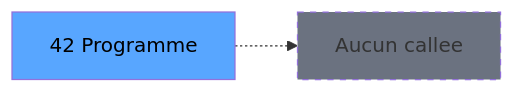
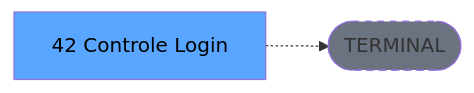
Before and after one commit to thonyAGP/lecteur-magic: the third of 3 diagrams in .openspec/specs/ADH-IDE-42.md, drawn with Mermaid. The commit also changed other lines of this file and 701 other files, not shown here.

````diff
--- a/.openspec/specs/ADH-IDE-42.md
+++ b/.openspec/specs/ADH-IDE-42.md
@@ -130,8 +134,8 @@
 ```mermaid
 graph LR
-    T[42 Programme]
-    NONE[Aucun callee]
-    T -.-> NONE
+    T[42 Controle Login ]
+    TERM([TERMINAL])
+    T -.-> TERM
+    style TERM fill:#6b7280,stroke-dasharray: 5 5
     style T fill:#58a6ff,color:#000
-    style NONE fill:#6b7280,stroke-dasharray: 5 5
 ```
````
